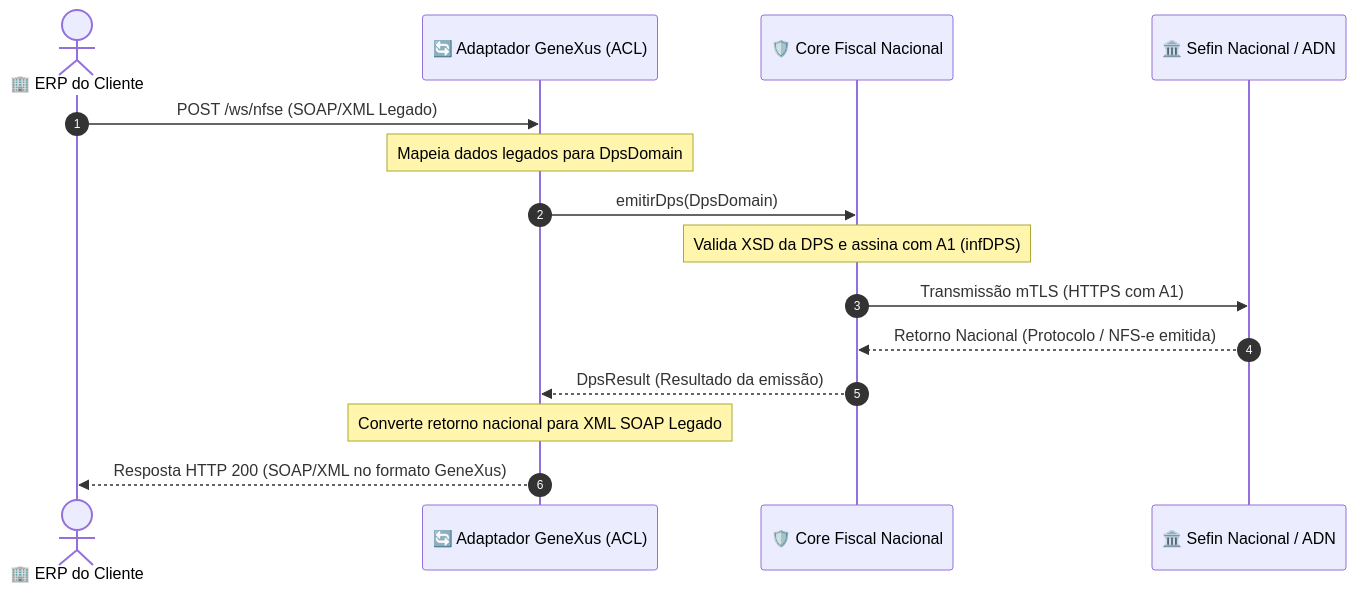
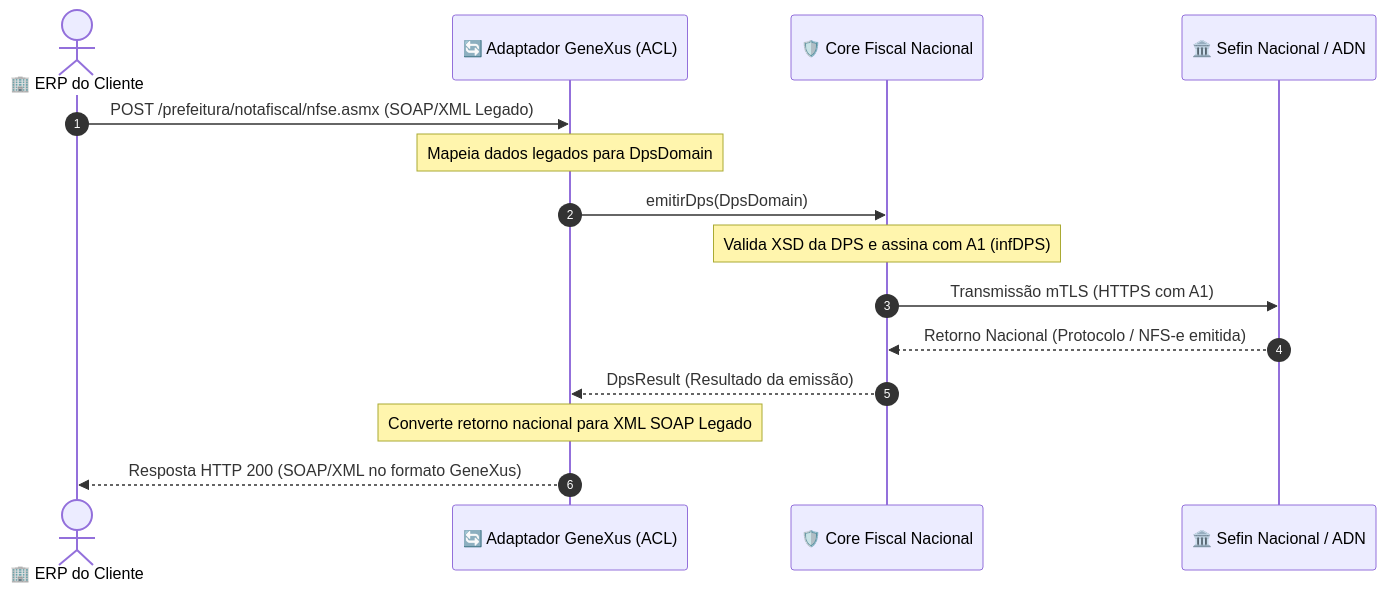
Before and after one commit to heviane/nfse-nacional-api: the diagram in docs/clients/cliente-001.md, drawn with Mermaid. The commit also changed other lines of this file and 6 other files, not shown here.

````diff
--- a/docs/clients/cliente-001.md
+++ b/docs/clients/cliente-001.md
@@ -58,18 +58,18 @@
 ```mermaid
 sequenceDiagram
     autonumber
     actor ERP as 🏢 ERP do Cliente
     participant ACL as 🔄 Adaptador GeneXus (ACL)
     participant CORE as 🛡️ Core Fiscal Nacional
     participant SEFIN as 🏛️ Sefin Nacional / ADN
 
-    ERP->>ACL: POST /ws/nfse (SOAP/XML Legado)
+    ERP->>ACL: POST /prefeitura/notafiscal/nfse.asmx (SOAP/XML Legado)
     Note over ACL: Mapeia dados legados para DpsDomain
     ACL->>CORE: emitirDps(DpsDomain)
     Note over CORE: Valida XSD da DPS e assina com A1 (infDPS)
     CORE->>SEFIN: Transmissão mTLS (HTTPS com A1)
     SEFIN-->>CORE: Retorno Nacional (Protocolo / NFS-e emitida)
     CORE-->>ACL: DpsResult (Resultado da emissão)
     Note over ACL: Converte retorno nacional para XML SOAP Legado
     ACL-->>ERP: Resposta HTTP 200 (SOAP/XML no formato GeneXus)
 ```
````
